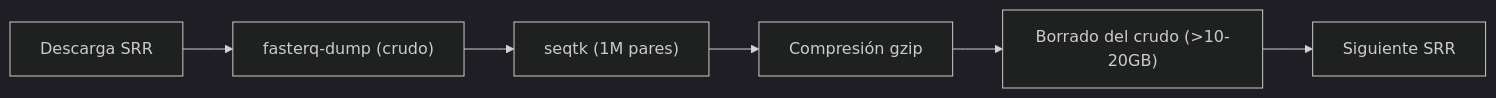
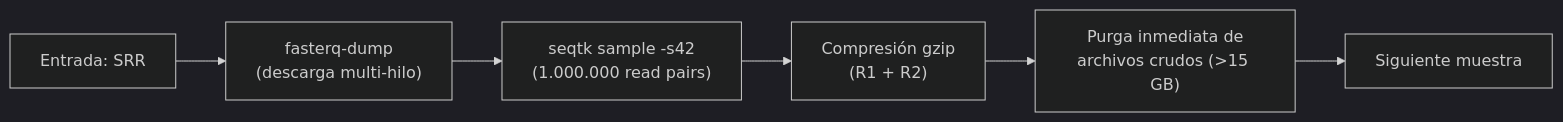
One commit to menmati/Pipeline-AWS-Nextflow changed the diagram in README.md. Above: the diagram before and after it, drawn with Mermaid (dark theme). The commit also changed other lines of this file, not shown here.

````diff
--- a/README.md
+++ b/README.md
@@ -67,8 +59,8 @@
 ```mermaid
 flowchart LR
-    A["Descarga SRR"] --> B["fasterq-dump (crudo)"]
-    B --> C["seqtk (1M pares)"]
-    C --> D["Compresión gzip"]
-    D --> E["Borrado del crudo (>10-20GB)"]
-    E --> F["Siguiente SRR"]
+    A["Entrada: SRR"] --> B["fasterq-dump\n(descarga multi-hilo)"]
+    B --> C["seqtk sample -s42\n(1.000.000 read pairs)"]
+    C --> D["Compresión gzip\n(R1 + R2)"]
+    D --> E["Purga inmediata de\narchivos crudos (>15 GB)"]
+    E --> F["Siguiente muestra"]
 ```
````
